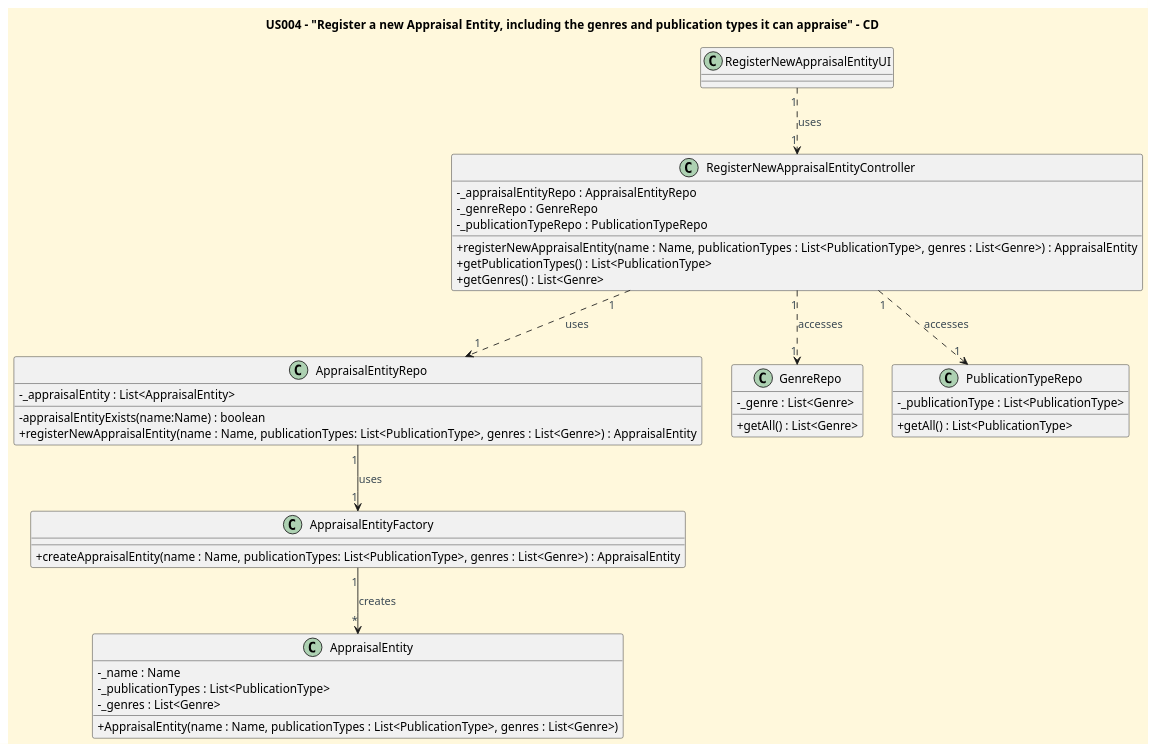
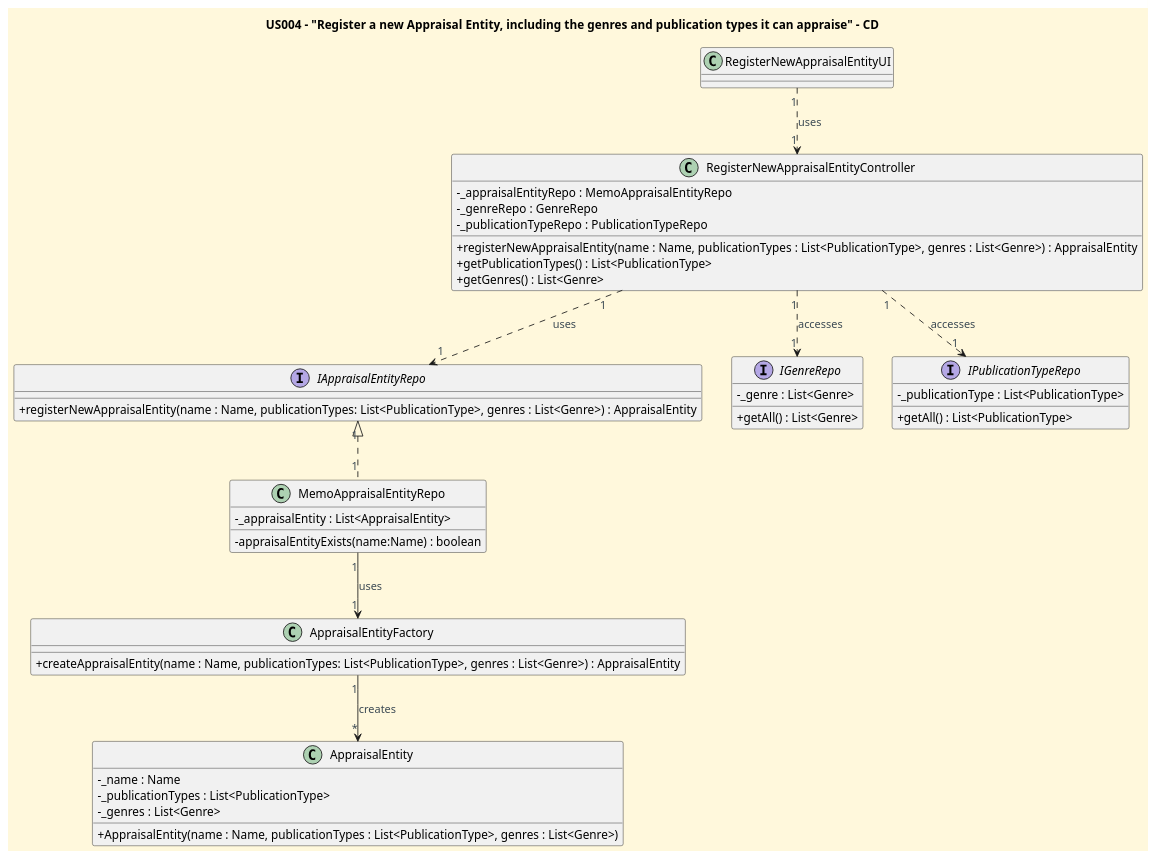
Before and after one commit to CarolinaLeite-collab/JavaMarketplacePlatform: the diagram in docs/userStories/US004/US004_register_new_appraisal_entity_CD.puml, drawn with PlantUML. The commit also changed 1 other file, not shown here.

```diff
--- a/docs/userStories/US004/US004_register_new_appraisal_entity_CD.puml
+++ b/docs/userStories/US004/US004_register_new_appraisal_entity_CD.puml
@@ -1,64 +1,67 @@
 @startuml
 'https://plantuml.com/class-diagram
 title US004 - "Register a new Appraisal Entity, including the genres and publication types it can appraise" - CD
 
 
 '==== basic style ====
 skinparam monochrome false
 skinparam shadowing false
 skinparam defaultFontName Futura
 skinparam objectFontSize 20
 skinparam backgroundColor CornSilk
 skinparam objectBackgroundColor WhiteSmoke
 skinparam noteBackgroundColor #FFFFE0
 skinparam ArrowFontColor #3B4953
 skinparam ActivationBackgroundColor black
 skinparam classAttributeIconSize 0
 
 class RegisterNewAppraisalEntityUI {
 }
 
 class RegisterNewAppraisalEntityController {
-- _appraisalEntityRepo : AppraisalEntityRepo
+- _appraisalEntityRepo : MemoAppraisalEntityRepo
 - _genreRepo : GenreRepo
 - _publicationTypeRepo : PublicationTypeRepo
 + registerNewAppraisalEntity(name : Name, publicationTypes : List<PublicationType>, genres : List<Genre>) : AppraisalEntity
 + getPublicationTypes() : List<PublicationType>
 + getGenres() : List<Genre>
 }
 
-class AppraisalEntityRepo {
+interface IAppraisalEntityRepo {
++ registerNewAppraisalEntity(name : Name, publicationTypes: List<PublicationType>, genres : List<Genre>) : AppraisalEntity
+}
+
+class MemoAppraisalEntityRepo {
 -_appraisalEntity : List<AppraisalEntity>
 - appraisalEntityExists(name:Name) : boolean
-+ registerNewAppraisalEntity(name : Name, publicationTypes: List<PublicationType>, genres : List<Genre>) : AppraisalEntity
 }
 
 class AppraisalEntityFactory {
 + createAppraisalEntity(name : Name, publicationTypes: List<PublicationType>, genres : List<Genre>) : AppraisalEntity
 }
-
-class GenreRepo {
+interface IGenreRepo {
 - _genre : List<Genre>
 + getAll() : List<Genre>
 }
 
-class PublicationTypeRepo {
+interface IPublicationTypeRepo {
 -_publicationType : List<PublicationType>
 + getAll() : List<PublicationType>
 }
 
 class AppraisalEntity{
 - _name : Name
 - _publicationTypes : List<PublicationType>
 - _genres : List<Genre>
 + AppraisalEntity(name : Name, publicationTypes : List<PublicationType>, genres : List<Genre>)
 }
 
 RegisterNewAppraisalEntityUI "1" ..> "1" RegisterNewAppraisalEntityController : uses
-RegisterNewAppraisalEntityController "1" ..> "1" GenreRepo : accesses
-RegisterNewAppraisalEntityController "1" ..> "1" PublicationTypeRepo : accesses
-RegisterNewAppraisalEntityController "1" ..> "1" AppraisalEntityRepo : uses
-AppraisalEntityRepo "1" --> "1" AppraisalEntityFactory : uses
+RegisterNewAppraisalEntityController "1" ..> "1" IGenreRepo : accesses
+RegisterNewAppraisalEntityController "1" ..> "1" IPublicationTypeRepo : accesses
+RegisterNewAppraisalEntityController "1" ..> "1" IAppraisalEntityRepo : uses
+IAppraisalEntityRepo "1" <|.. "1" MemoAppraisalEntityRepo
+MemoAppraisalEntityRepo "1" --> "1" AppraisalEntityFactory : uses
 AppraisalEntityFactory "1" --> "*" AppraisalEntity : creates
 
 @enduml
```
